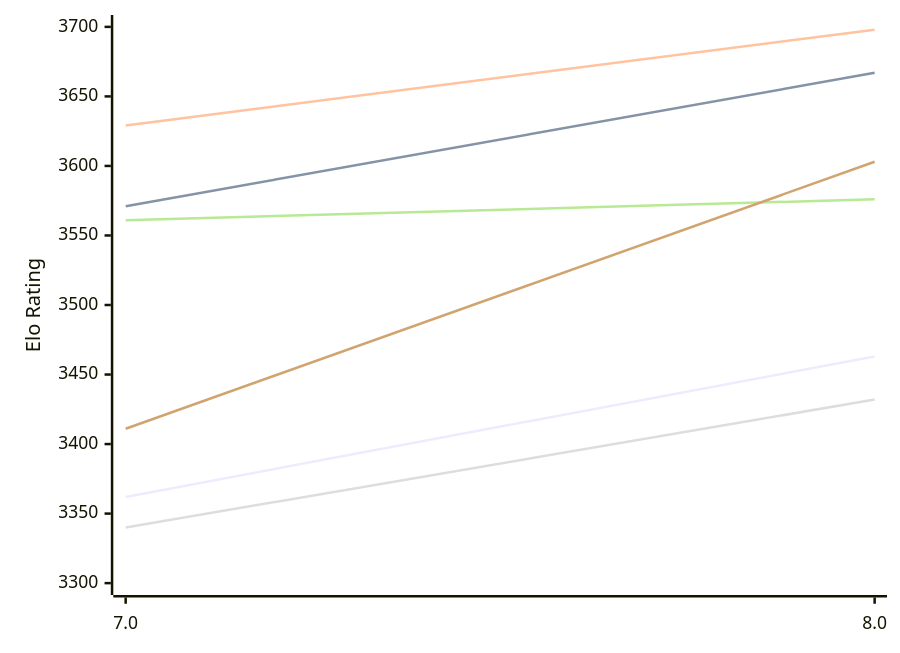
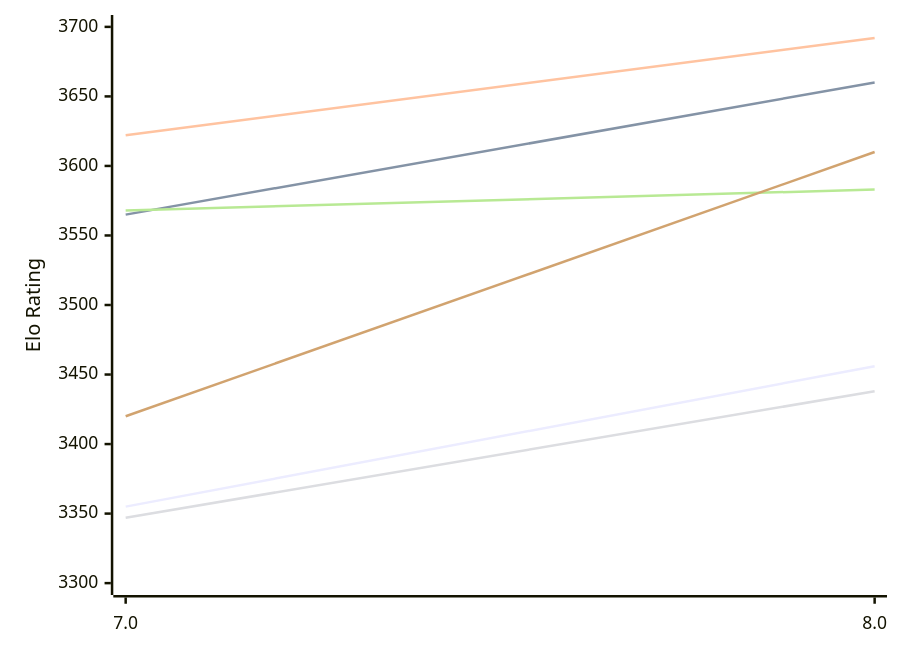
The first of 2 diagrams in engines/Integral.md (computer-chess-index/cci), drawn with Mermaid before and after one commit. The commit also changed other lines of this file, not shown here.

Commit message:
Update CCI Ratings (ELO VLTC) - 2026-11-18

````diff
--- a/engines/Integral.md
+++ b/engines/Integral.md
@@ -50,12 +50,12 @@
 ```mermaid
 %%{init: {"theme":"base","themeVariables":{"seriesColors:['#a3a3a3','#222221','#faa371']}}}%%
 xychart-beta
   x-axis ["7.0", "8.0"]
   y-axis "Elo Rating" 3300 --> 3700
-  line "E1: STC (8.0+0.08s)" [3362, 3463]
-  line "E1: LTC (60.0+0.60s)" [3571, 3667]
-  line "E1: VLTC (2m24s+1.12s)" [3629, 3698]
-  line "P1: STC (8.0+0.08s)" [3340, 3432]
-  line "P1: LTC (60.0+0.60s)" [3561, 3576]
-  line "P1: VLTC (2m24s+1.12s)" [3411, 3603]
+  line "E1: STC (8.0+0.08s)" [3355, 3456]
+  line "E1: LTC (60.0+0.60s)" [3565, 3660]
+  line "E1: VLTC (2m24s+1.12s)" [3622, 3692]
+  line "P1: STC (8.0+0.08s)" [3347, 3438]
+  line "P1: LTC (60.0+0.60s)" [3568, 3583]
+  line "P1: VLTC (2m24s+1.12s)" [3420, 3610]
 ```
````
